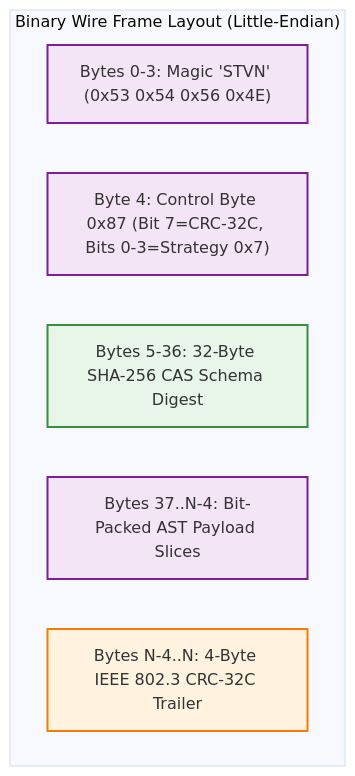
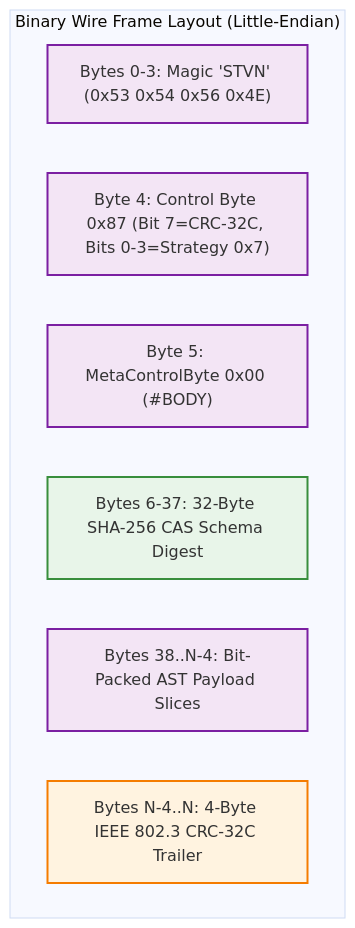
Before and after one commit to chaotic3quilibrium/stvnadore-app-showcase-chess: the third of 3 diagrams in docs/architecture/STVN_CHESS_SHOWCASE_SPEC.md, drawn with Mermaid (base theme). The commit also changed other lines of this file and 19 other files, not shown here.

````diff
--- a/docs/architecture/STVN_CHESS_SHOWCASE_SPEC.md
+++ b/docs/architecture/STVN_CHESS_SHOWCASE_SPEC.md
@@ -165,14 +165,15 @@
 ```mermaid
 flowchart TD
     classDef wire fill:#F3E5F5,stroke:#7B1FA2,stroke-width:2px;
     classDef crc fill:#FFF3E0,stroke:#F57C00,stroke-width:2px;
     classDef digest fill:#E8F5E9,stroke:#388E3C,stroke-width:2px;
 
     subgraph "Binary Wire Frame Layout (Little-Endian)"
         H1["Bytes 0-3: Magic 'STVN' (0x53 0x54 0x56 0x4E)"]:::wire
         H2["Byte 4: Control Byte 0x87 (Bit 7=CRC-32C, Bits 0-3=Strategy 0x7)"]:::wire
-        H3["Bytes 5-36: 32-Byte SHA-256 CAS Schema Digest"]:::digest
-        H4["Bytes 37..N-4: Bit-Packed AST Payload Slices"]:::wire
-        H5["Bytes N-4..N: 4-Byte IEEE 802.3 CRC-32C Trailer"]:::crc
+        H3["Byte 5: MetaControlByte 0x00 (#BODY)"]:::wire
+        H4["Bytes 6-37: 32-Byte SHA-256 CAS Schema Digest"]:::digest
+        H5["Bytes 38..N-4: Bit-Packed AST Payload Slices"]:::wire
+        H6["Bytes N-4..N: 4-Byte IEEE 802.3 CRC-32C Trailer"]:::crc
     end
 ```
````
